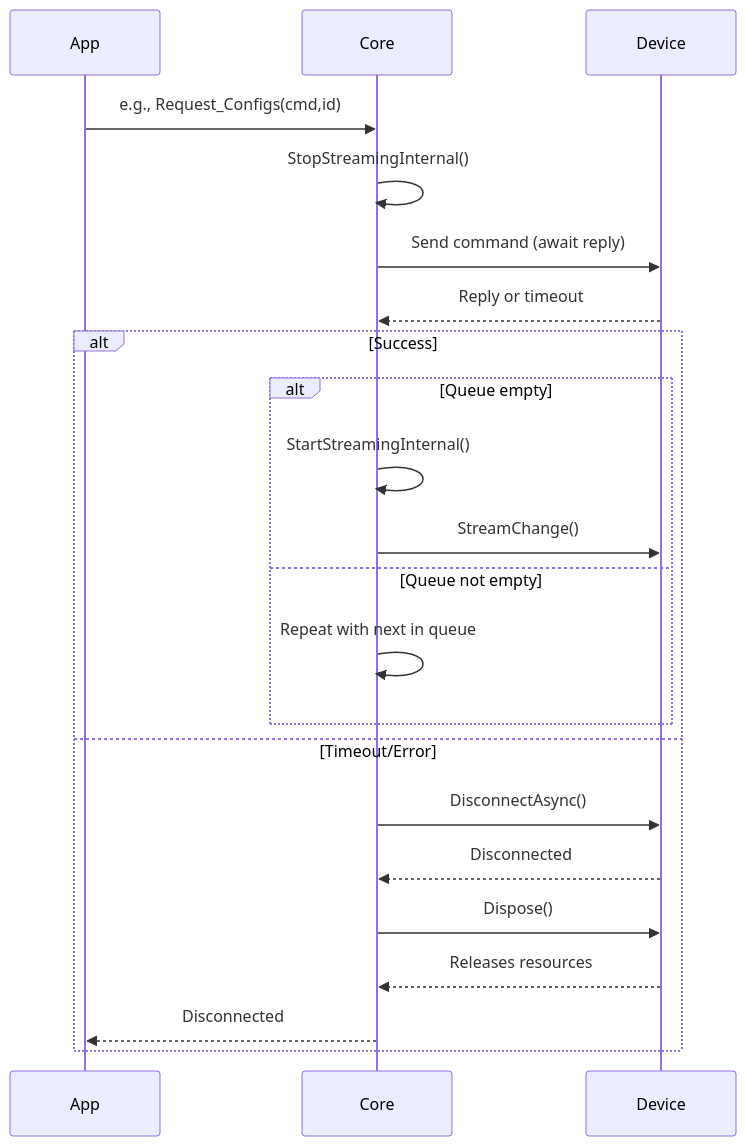
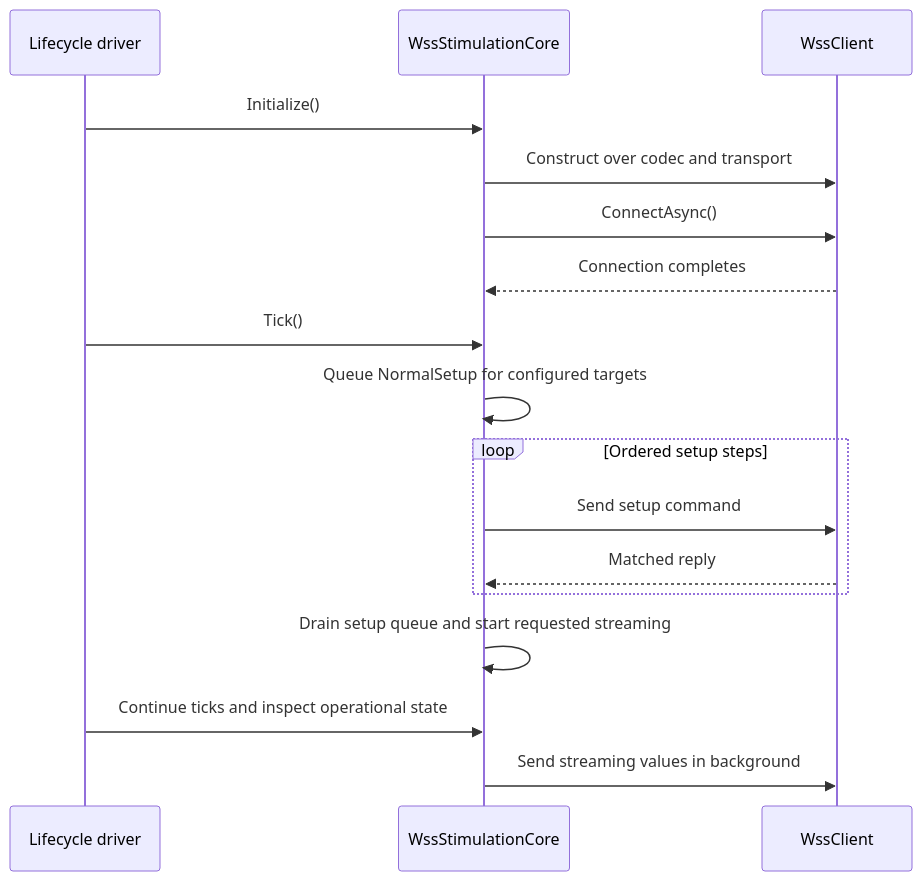
The second of 4 diagrams in apiDocs/conceptual/core-architecture.md (cwru-non-academic/WSS_Documentation), drawn with Mermaid before and after one commit. The commit also changed other lines of this file, not shown here.

Commit message:
Explain Core ownership and lifecycle accurately

````diff
--- a/apiDocs/conceptual/core-architecture.md
+++ b/apiDocs/conceptual/core-architecture.md
@@ -85,24 +39,19 @@
 ```mermaid
 sequenceDiagram
-  participant App
-  participant Core
-  participant Device
-  App->>Core: e.g., Request_Configs(cmd,id)
-  Core->>Core: StopStreamingInternal()
-  Core->>Device: Send command (await reply)
-  Device-->>Core: Reply or timeout
-  alt Success
-    alt Queue empty
-      Core->>Core: StartStreamingInternal()
-      Core->>Device: StreamChange()
-    else Queue not empty
-      Core ->> Core: Repeat with next in queue
-    end
-  else Timeout/Error
-    Core->>Device: DisconnectAsync()
-    Device-->>Core: Disconnected
-    Core->>Device: Dispose()
-    Device-->>Core: Releases resources
-    Core-->>App: Disconnected
+  participant Driver as Lifecycle driver
+  participant Core as WssStimulationCore
+  participant Client as WssClient
+  Driver->>Core: Initialize()
+  Core->>Client: Construct over codec and transport
+  Core->>Client: ConnectAsync()
+  Client-->>Core: Connection completes
+  Driver->>Core: Tick()
+  Core->>Core: Queue NormalSetup for configured targets
+  loop Ordered setup steps
+    Core->>Client: Send setup command
+    Client-->>Core: Matched reply
   end
+  Core->>Core: Drain setup queue and start requested streaming
+  Driver->>Core: Continue ticks and inspect operational state
+  Core->>Client: Send streaming values in background
 ```
````
